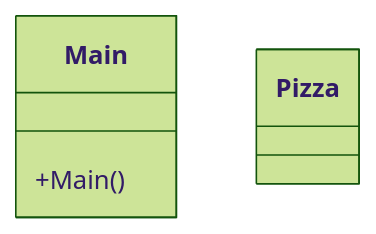
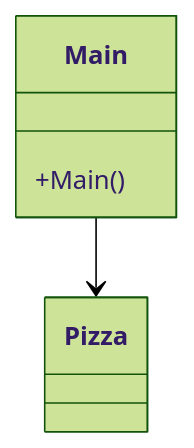
Before and after one commit to PachecoASIR/PatronBuilder: the diagram in README.md, drawn with Mermaid (forest theme).

````diff
--- a/README.md
+++ b/README.md
@@ -9,10 +9,12 @@
 ```mermaid
 classDiagram
 
     class Main{
     +Main()
     }
     
      class Pizza{
      }
+     
+     Main --> Pizza
 ```
````
